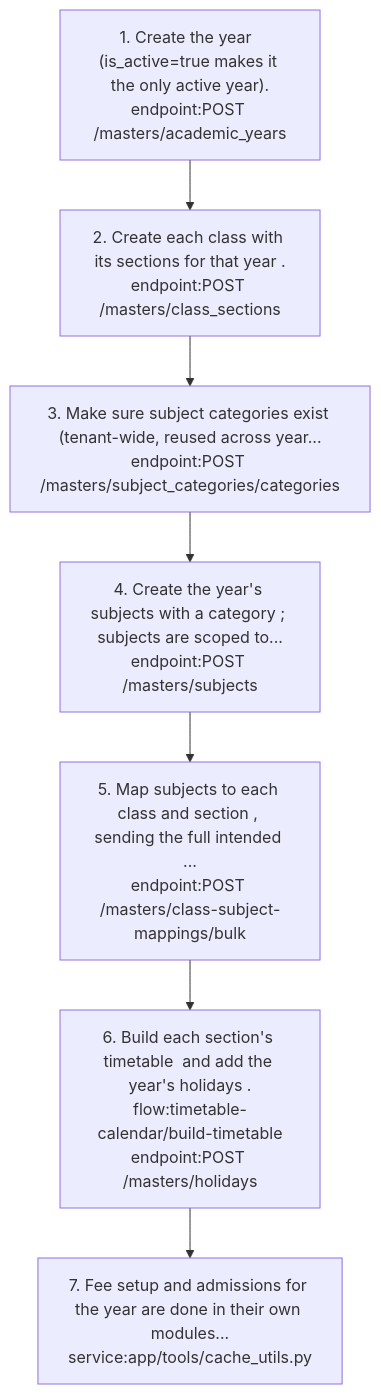
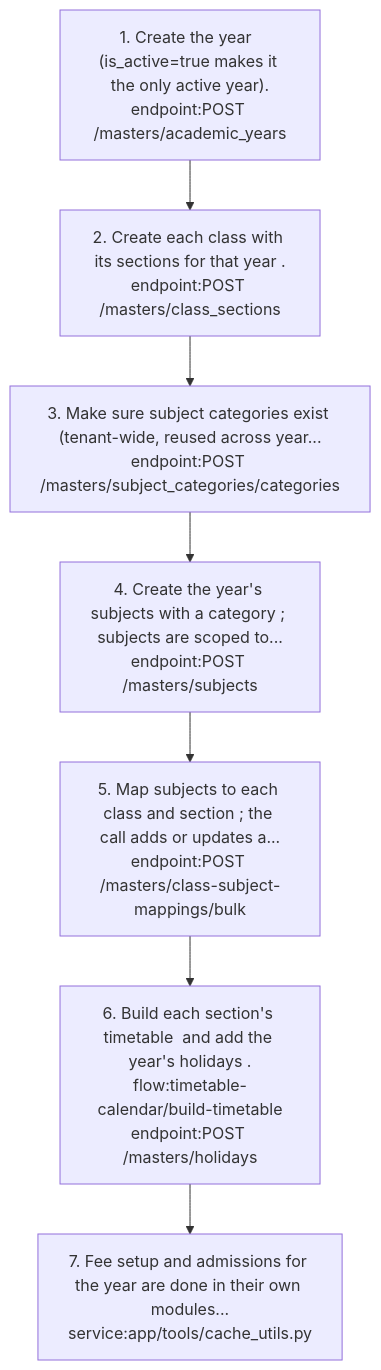
The fifth of 9 diagrams in docs/graph/views/masters.md (nerellasraj21/cos360_full_app), drawn with Mermaid before and after one commit. The commit also changed other lines of this file and 44 other files, not shown here.

First line of the commit message:
Re-verify project docs and knowledge graph against current code

````diff
--- a/docs/graph/views/masters.md
+++ b/docs/graph/views/masters.md
@@ -277,16 +278,16 @@
 ```mermaid
 flowchart TD
   s1["1. Create the year  (is_active=true makes it the only active year).<br/>endpoint:POST /masters/academic_years"]
   s2["2. Create each class with its sections for that year .<br/>endpoint:POST /masters/class_sections"]
   s1 --> s2
   s3["3. Make sure subject categories exist (tenant-wide, reused across year...<br/>endpoint:POST /masters/subject_categories/categories"]
   s2 --> s3
   s4["4. Create the year's subjects with a category ; subjects are scoped to...<br/>endpoint:POST /masters/subjects"]
   s3 --> s4
-  s5["5. Map subjects to each class and section , sending the full intended ...<br/>endpoint:POST /masters/class-subject-mappings/bulk"]
+  s5["5. Map subjects to each class and section ; the call adds or updates a...<br/>endpoint:POST /masters/class-subject-mappings/bulk"]
   s4 --> s5
   s6["6. Build each section's timetable  and add the year's holidays .<br/>flow:timetable-calendar/build-timetable<br/>endpoint:POST /masters/holidays"]
   s5 --> s6
   s7["7. Fee setup and admissions for the year are done in their own modules...<br/>service:app/tools/cache_utils.py"]
   s6 --> s7
 ```
````
